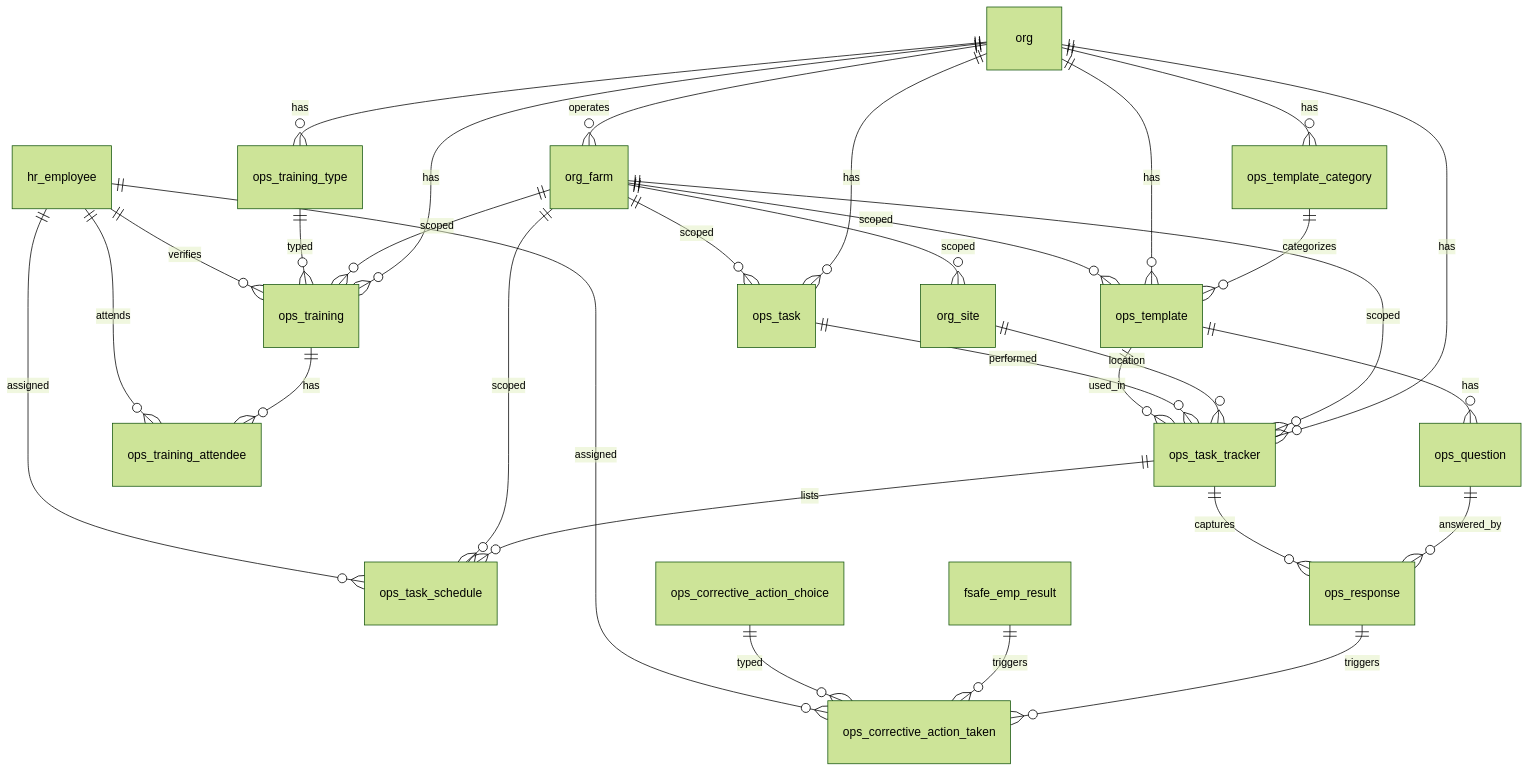
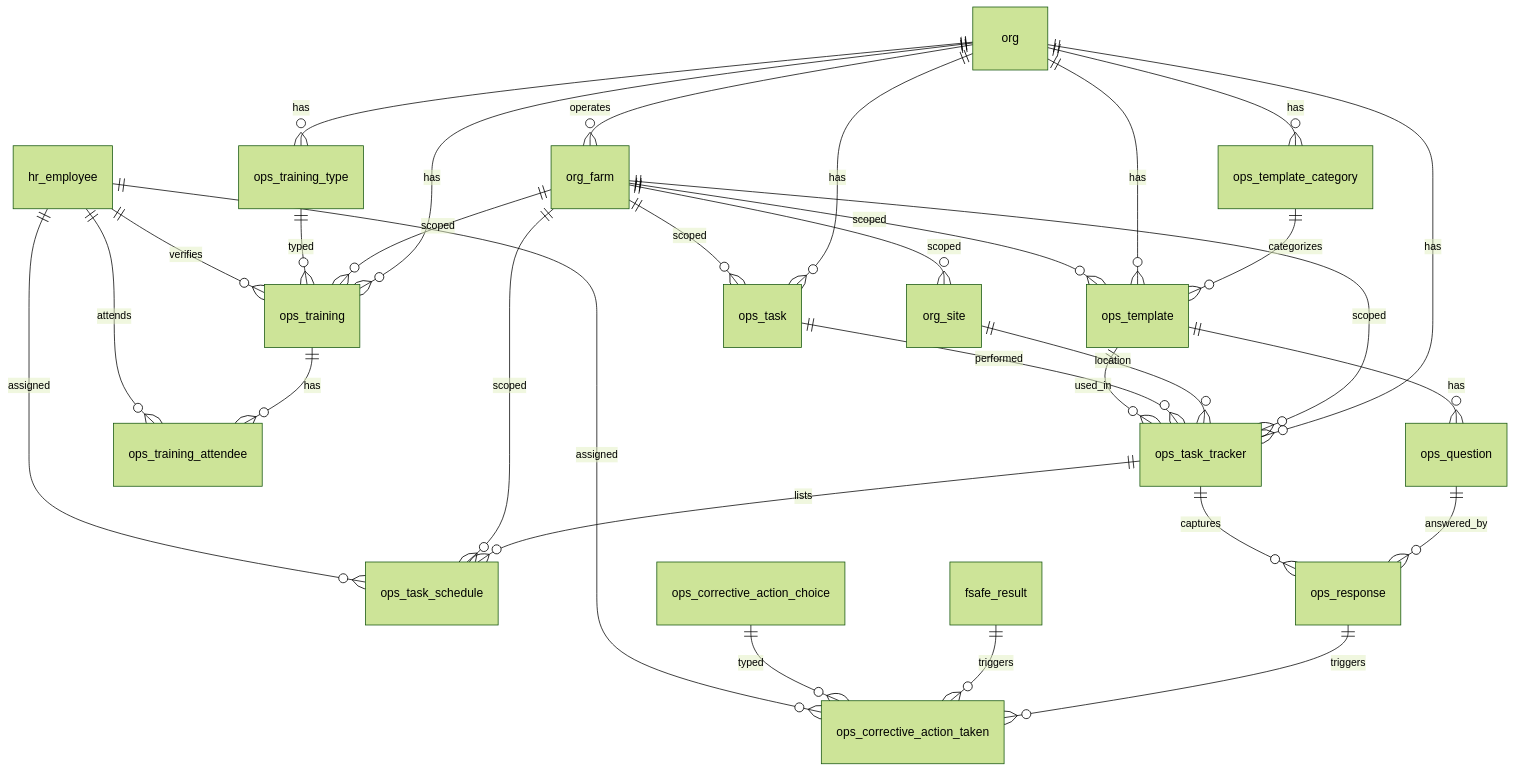
The diagram in docs/schemas/20260323_05_ops.md (Hawaii-Farming/aloha-app), drawn with Mermaid (forest theme) before and after one commit. The commit also changed other lines of this file and 9 other files, not shown here.

````diff
--- a/docs/schemas/20260323_05_ops.md
+++ b/docs/schemas/20260323_05_ops.md
@@ -9,35 +9,35 @@
 ```mermaid
 erDiagram
     org ||--o{ org_farm : operates
     org ||--o{ ops_task : has
     org_farm ||--o{ ops_task : scoped
     org ||--o{ ops_task_tracker : has
     org_farm ||--o{ ops_task_tracker : scoped
     org_farm ||--o{ org_site : scoped
     org_site ||--o{ ops_task_tracker : location
     ops_task ||--o{ ops_task_tracker : performed
     ops_template ||--o{ ops_task_tracker : used_in
     ops_task_tracker ||--o{ ops_task_schedule : lists
     org_farm ||--o{ ops_task_schedule : scoped
     hr_employee ||--o{ ops_task_schedule : assigned
 
     org ||--o{ ops_training_type : has
     org ||--o{ ops_training : has
     org_farm ||--o{ ops_training : scoped
     ops_training_type ||--o{ ops_training : typed
     hr_employee ||--o{ ops_training : verifies
     ops_training ||--o{ ops_training_attendee : has
     hr_employee ||--o{ ops_training_attendee : attends
 
     org ||--o{ ops_template_category : has
     ops_template_category ||--o{ ops_template : categorizes
     org ||--o{ ops_template : has
     org_farm ||--o{ ops_template : scoped
     ops_template ||--o{ ops_question : has
     ops_question ||--o{ ops_response : answered_by
     ops_task_tracker ||--o{ ops_response : captures
     ops_response ||--o{ ops_corrective_action_taken : triggers
-    fsafe_emp_result ||--o{ ops_corrective_action_taken : triggers
+    fsafe_result ||--o{ ops_corrective_action_taken : triggers
     ops_corrective_action_choice ||--o{ ops_corrective_action_taken : typed
     hr_employee ||--o{ ops_corrective_action_taken : assigned
 ```
````
